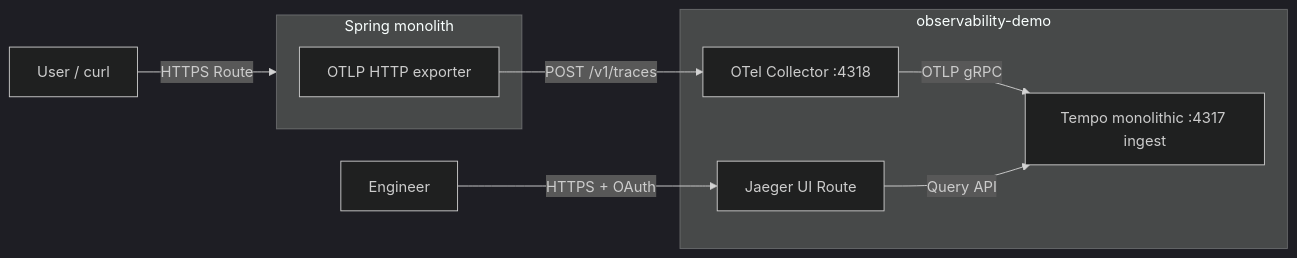
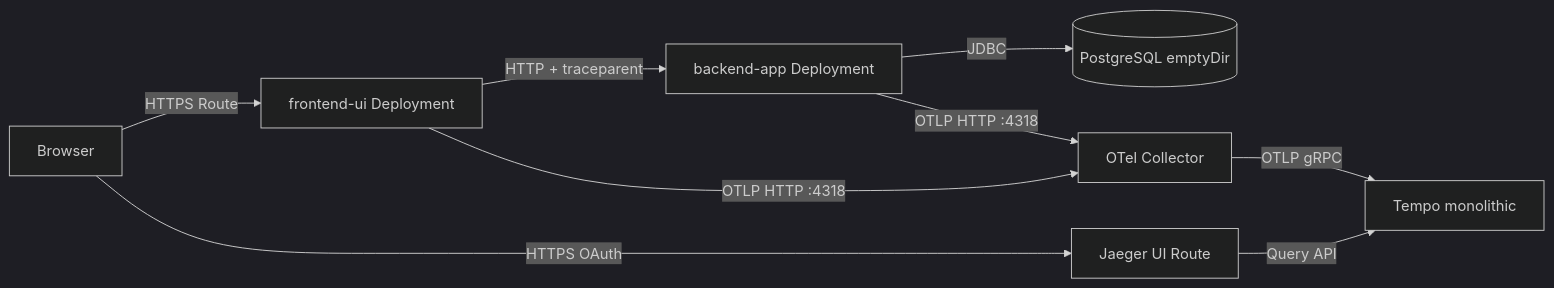
One commit to sawoohoorun/ocp-observ-monolithic changed the diagram in OCP-4.18-Observability-Demo-Deployment.md. Above: the diagram before and after it, drawn with Mermaid (dark theme). The commit also changed other lines of this file and 63 other files, not shown here.

First line of the commit message:
Major upgrade: 3-layer trace demo (frontend-ui, backend-app, Postgres)

````diff
--- a/OCP-4.18-Observability-Demo-Deployment.md
+++ b/OCP-4.18-Observability-Demo-Deployment.md
@@ -21,16 +11,18 @@
 ```mermaid
 flowchart LR
-  subgraph app[Spring monolith]
-    A[OTLP HTTP exporter]
-  end
-  subgraph obs[observability-demo]
-    C[OTel Collector :4318]
-    T[Tempo monolithic :4317 ingest]
-    J[Jaeger UI Route]
-  end
-  A -->|POST /v1/traces| C
+  B[Browser]
+  F[frontend-ui Deployment]
+  A[backend-app Deployment]
+  P[(PostgreSQL emptyDir)]
+  C[OTel Collector]
+  T[Tempo monolithic]
+  J[Jaeger UI Route]
+  B -->|HTTPS Route| F
+  F -->|HTTP + traceparent| A
+  A -->|JDBC| P
+  F -->|OTLP HTTP :4318| C
+  A -->|OTLP HTTP :4318| C
   C -->|OTLP gRPC| T
+  B -->|HTTPS OAuth| J
   J -->|Query API| T
-  U[User / curl] -->|HTTPS Route| app
-  U2[Engineer] -->|HTTPS + OAuth| J
 ```
````
